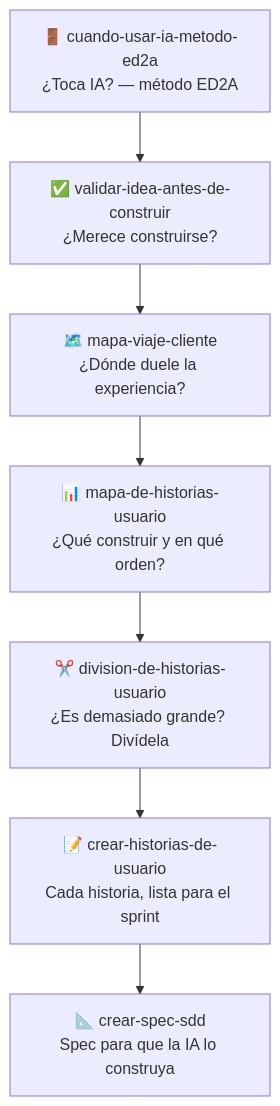
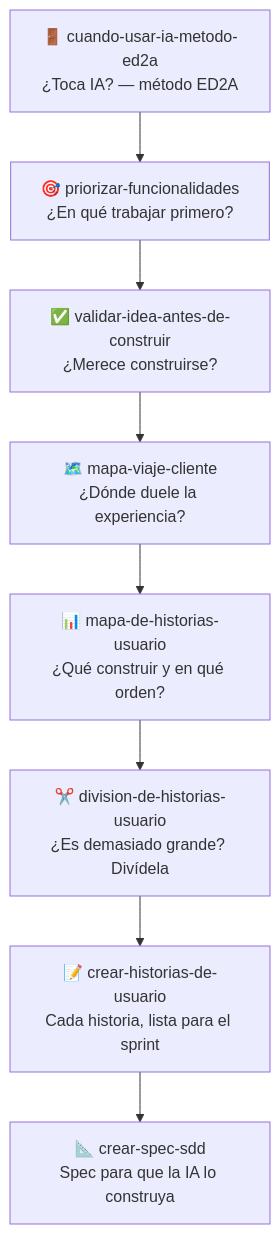
The diagram in README.md (javier-garzas/ia-product-management), drawn with Mermaid before and after one commit. The commit also changed other lines of this file and 1 other file, not shown here.

Commit message:
Anade la skill priorizar-funcionalidades (Opportunity Score, ICE, RICE)

````diff
--- a/README.md
+++ b/README.md
@@ -28,11 +28,12 @@
 ```mermaid
 flowchart TD
     A["🚪 cuando-usar-ia-metodo-ed2a<br/>¿Toca IA? — método ED2A"]
+    P["🎯 priorizar-funcionalidades<br/>¿En qué trabajar primero?"]
     B["✅ validar-idea-antes-de-construir<br/>¿Merece construirse?"]
     C["🗺️ mapa-viaje-cliente<br/>¿Dónde duele la experiencia?"]
     D["📊 mapa-de-historias-usuario<br/>¿Qué construir y en qué orden?"]
     G["✂️ division-de-historias-usuario<br/>¿Es demasiado grande? Divídela"]
     E["📝 crear-historias-de-usuario<br/>Cada historia, lista para el sprint"]
     F["📐 crear-spec-sdd<br/>Spec para que la IA lo construya"]
-    A --> B --> C --> D --> G --> E --> F
+    A --> P --> B --> C --> D --> G --> E --> F
 ```
````
